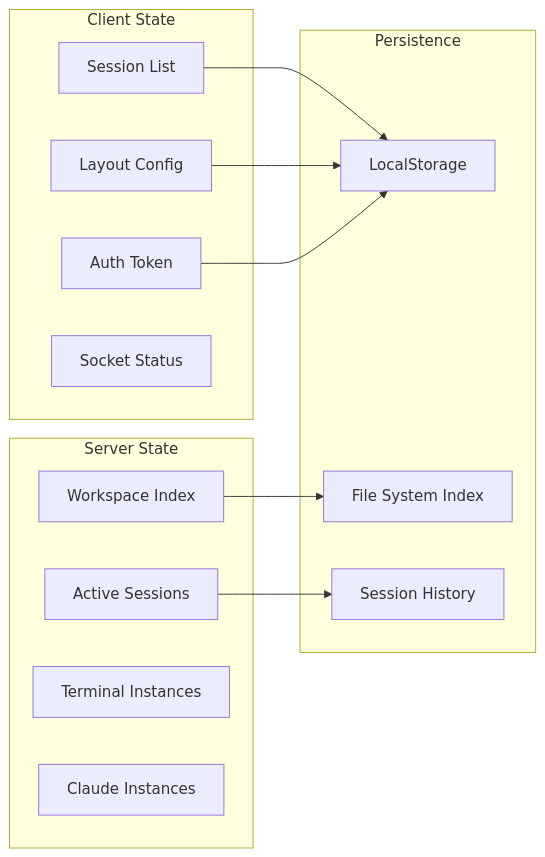
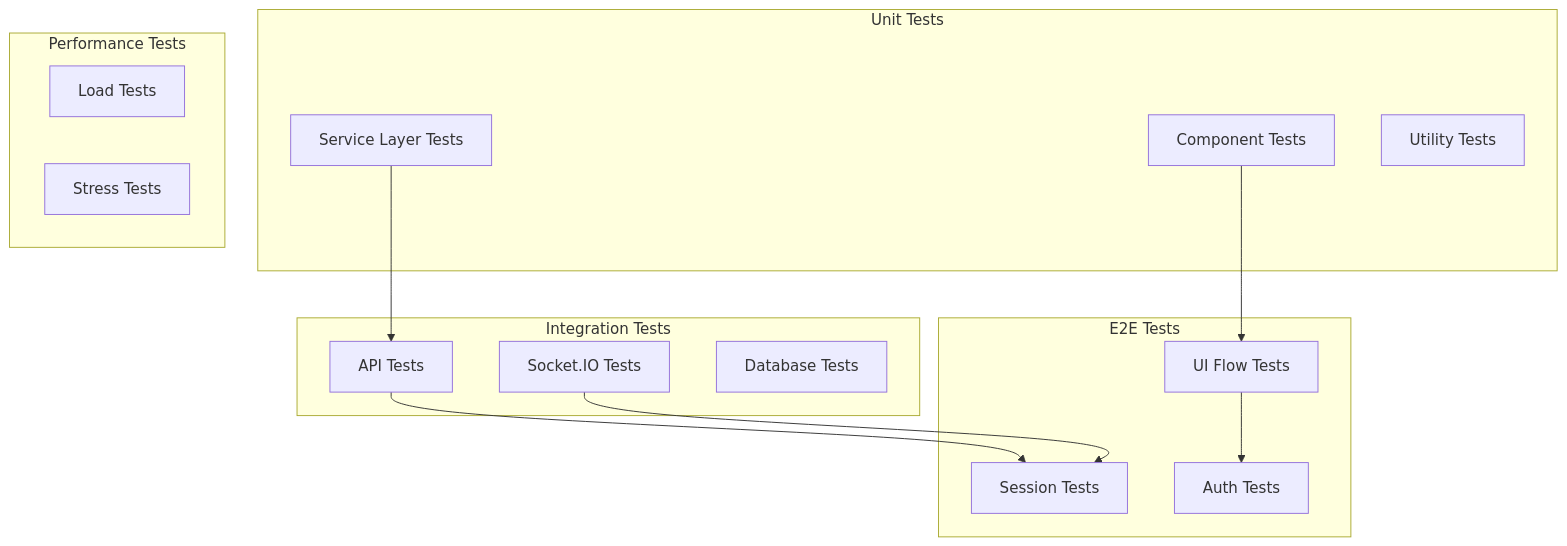
Diagram 13 of 13 in docs/ARCHITECTURE.md (fwdslsh/dispatch), drawn with Mermaid before and after one commit. The commit also changed other lines of this file and 39 other files, not shown here.

First line of the commit message:
Add unit and integration tests for Socket.IO session status and command refresh handlers

````diff
--- a/docs/ARCHITECTURE.md
+++ b/docs/ARCHITECTURE.md
@@ -306,29 +896,31 @@
 ```mermaid
-graph LR
-    subgraph "Client State"
-        SESSIONS[Session List]
-        LAYOUT[Layout Config]
-        AUTH_KEY[Auth Token]
-        SOCKET_STATE[Socket Status]
+graph TB
+    subgraph "Unit Tests"
+        ServiceTests[Service Layer Tests]
+        ComponentTests[Component Tests]
+        UtilTests[Utility Tests]
     end
-
-    subgraph "Server State"
-        WORKSPACE_INDEX[Workspace Index]
-        SESSION_MAP[Active Sessions]
-        TERMINAL_MAP[Terminal Instances]
-        CLAUDE_MAP[Claude Instances]
+    
+    subgraph "Integration Tests"
+        APITests[API Tests]
+        SocketTests[Socket.IO Tests]
+        DBTests[Database Tests]
     end
-
-    subgraph "Persistence"
-        LOCAL_STORAGE[LocalStorage]
-        FS_INDEX[File System Index]
-        SESSION_HISTORY[Session History]
+    
+    subgraph "E2E Tests"
+        UITests[UI Flow Tests]
+        SessionTests[Session Tests]
+        AuthTests[Auth Tests]
     end
-
-    SESSIONS --> LOCAL_STORAGE
-    LAYOUT --> LOCAL_STORAGE
-    AUTH_KEY --> LOCAL_STORAGE
-
-    WORKSPACE_INDEX --> FS_INDEX
-    SESSION_MAP --> SESSION_HISTORY
+    
+    subgraph "Performance Tests"
+        LoadTests[Load Tests]
+        StressTests[Stress Tests]
+    end
+    
+    ServiceTests --> APITests
+    ComponentTests --> UITests
+    APITests --> SessionTests
+    SocketTests --> SessionTests
+    UITests --> AuthTests
 ```
````
